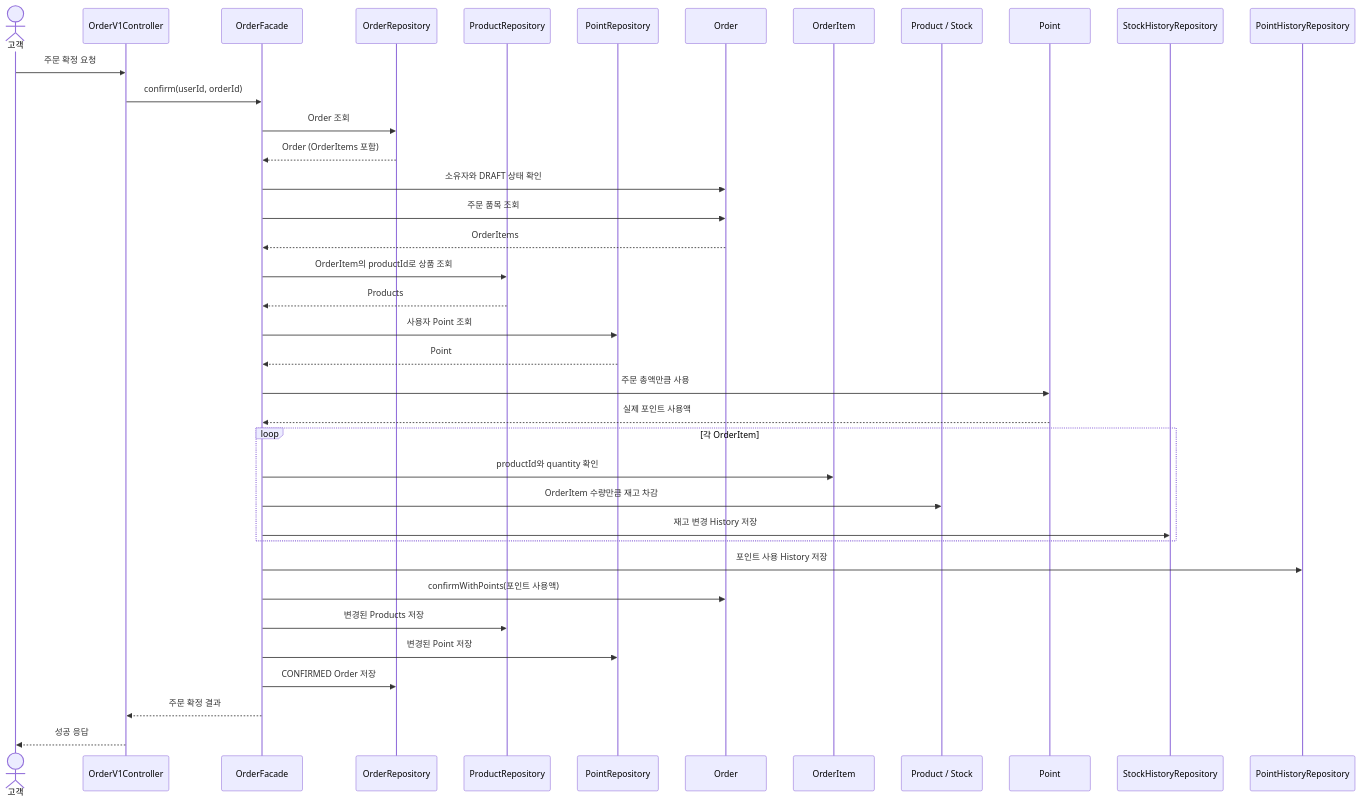
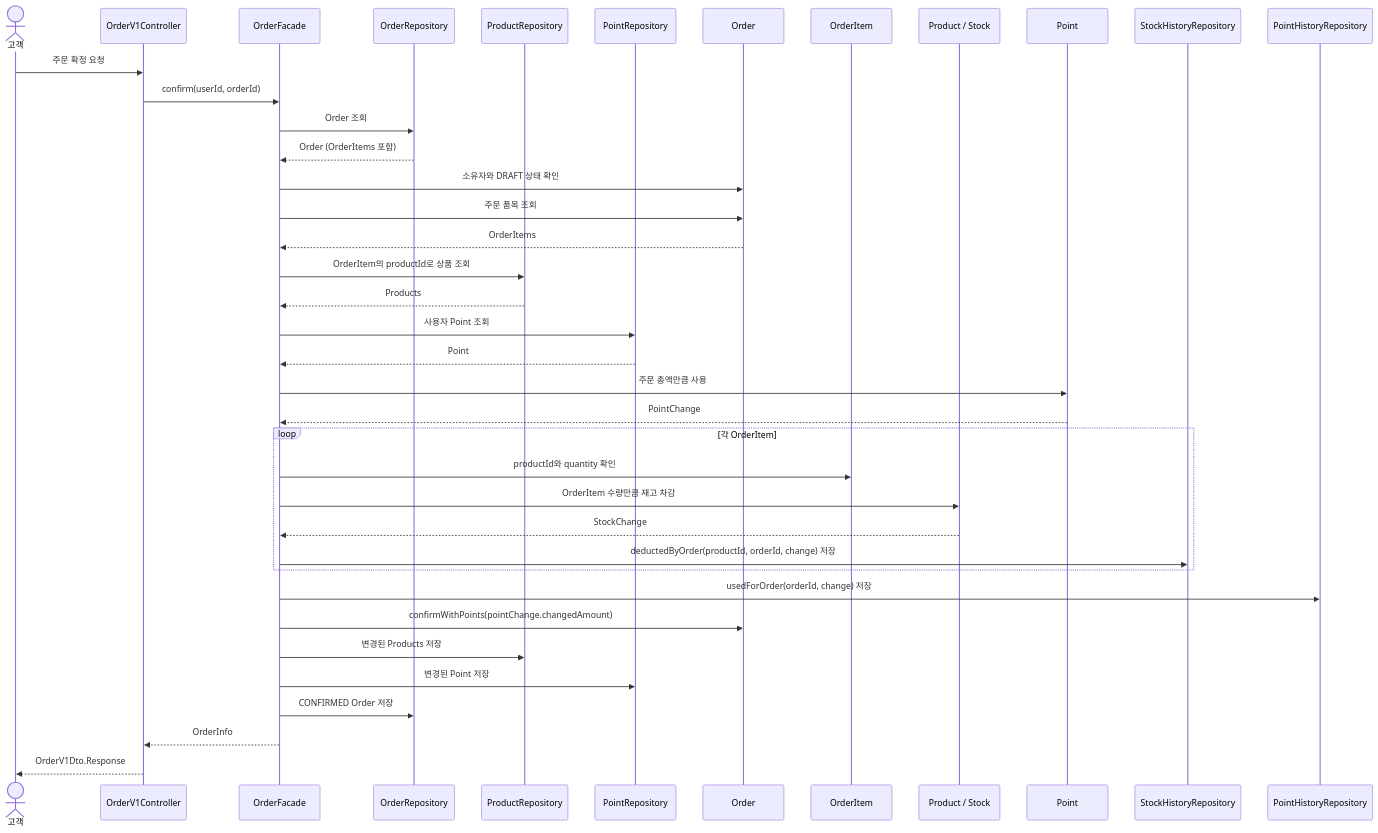
One commit to Jomeun/loop-pack-be-l2-vol5-java changed the sixth of 6 diagrams in docs/week2/system-design.md. Above: the diagram before and after it, drawn with Mermaid. The commit also changed other lines of this file, not shown here.

````diff
--- a/docs/week2/system-design.md
+++ b/docs/week2/system-design.md
@@ -313,43 +502,44 @@
 ```mermaid
 sequenceDiagram
     actor Customer as 고객
     participant Controller as OrderV1Controller
     participant Facade as OrderFacade
     participant OrderRepository
     participant ProductRepository
     participant PointRepository
     participant Order
     participant Item as OrderItem
     participant Product as Product / Stock
     participant Point
     participant StockHistoryRepository
     participant PointHistoryRepository
 
     Customer->>Controller: 주문 확정 요청
     Controller->>Facade: confirm(userId, orderId)
     Facade->>OrderRepository: Order 조회
     OrderRepository-->>Facade: Order (OrderItems 포함)
     Facade->>Order: 소유자와 DRAFT 상태 확인
     Facade->>Order: 주문 품목 조회
     Order-->>Facade: OrderItems
     Facade->>ProductRepository: OrderItem의 productId로 상품 조회
     ProductRepository-->>Facade: Products
     Facade->>PointRepository: 사용자 Point 조회
     PointRepository-->>Facade: Point
     Facade->>Point: 주문 총액만큼 사용
-    Point-->>Facade: 실제 포인트 사용액
+    Point-->>Facade: PointChange
 
     loop 각 OrderItem
         Facade->>Item: productId와 quantity 확인
         Facade->>Product: OrderItem 수량만큼 재고 차감
-        Facade->>StockHistoryRepository: 재고 변경 History 저장
+        Product-->>Facade: StockChange
+        Facade->>StockHistoryRepository: deductedByOrder(productId, orderId, change) 저장
     end
 
-    Facade->>PointHistoryRepository: 포인트 사용 History 저장
-    Facade->>Order: confirmWithPoints(포인트 사용액)
+    Facade->>PointHistoryRepository: usedForOrder(orderId, change) 저장
+    Facade->>Order: confirmWithPoints(pointChange.changedAmount)
     Facade->>ProductRepository: 변경된 Products 저장
     Facade->>PointRepository: 변경된 Point 저장
     Facade->>OrderRepository: CONFIRMED Order 저장
-    Facade-->>Controller: 주문 확정 결과
-    Controller-->>Customer: 성공 응답
+    Facade-->>Controller: OrderInfo
+    Controller-->>Customer: OrderV1Dto.Response
 ```
````
